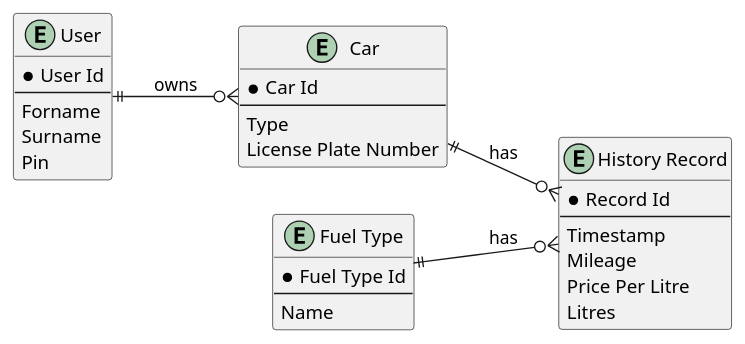
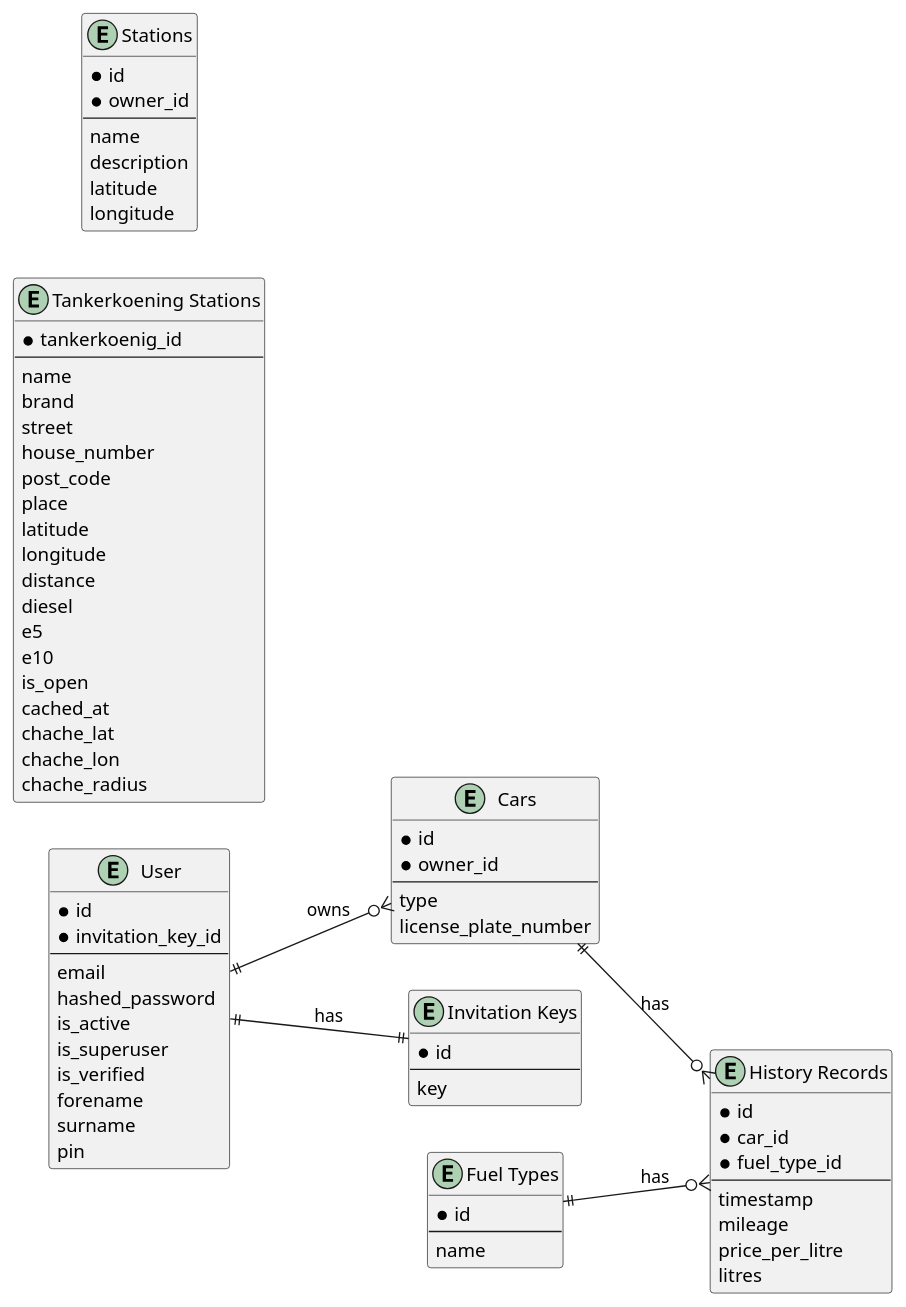
The diagram in docs/er-model.md (SQS-THRO/Tanker24), drawn with PlantUML before and after one commit.

Commit message:
#192 started editing the er model

```diff
--- a/docs/er-model.md
+++ b/docs/er-model.md
@@ -8,35 +8,83 @@
 left to right direction
 
 entity "User" as User {
-  *User Id
+  *id
+  *invitation_key_id
   --
-  Forname
-  Surname
-  Pin
+  email
+  hashed_password
+  is_active
+  is_superuser
+  is_verified
+  forename
+  surname
+  pin
 }
 
-entity "Car" as Car {
-  *Car Id
+entity "Cars" as Car {
+  *id
+  *owner_id
   --
-  Type
-  License Plate Number
+  type
+  license_plate_number
 }
 
-entity "Fuel Type" as FuelType {
-  *Fuel Type Id
+entity "Fuel Types" as FuelType {
+  *id
   --
-  Name
+  name
 }
 
-entity "History Record" as HistoryRecord {
-  *Record Id
+entity "History Records" as HistoryRecord {
+  *id
+  *car_id
+  *fuel_type_id
   --
-  Timestamp
-  Mileage
-  Price Per Litre
-  Litres
+  timestamp
+  mileage
+  price_per_litre
+  litres
 }
 
+entity "Tankerkoening Stations" as TankerkoenigStation {
+  *tankerkoenig_id
+  --
+  name
+  brand
+  street
+  house_number
+  post_code
+  place
+  latitude
+  longitude
+  distance
+  diesel
+  e5
+  e10
+  is_open
+  cached_at
+  chache_lat
+  chache_lon
+  chache_radius
+}
+
+entity "Stations" as Stations {
+  *id
+  *owner_id
+  --
+  name
+  description
+  latitude
+  longitude
+}
+
+entity "Invitation Keys" as InvitationKeys{
+  *id
+  --
+  key
+}
+
+User ||--|| InvitationKeys: has
 User ||--o{ Car : owns
 Car ||--o{ HistoryRecord : has
 FuelType ||--o{ HistoryRecord : has
```
